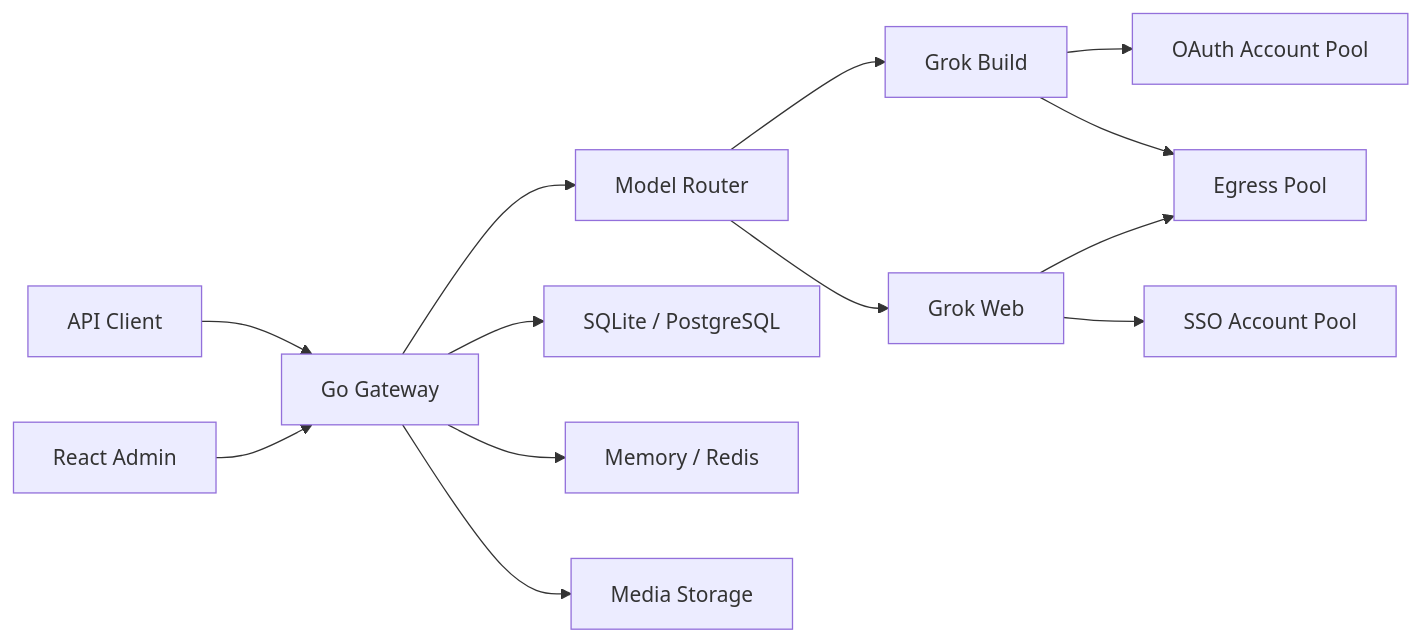
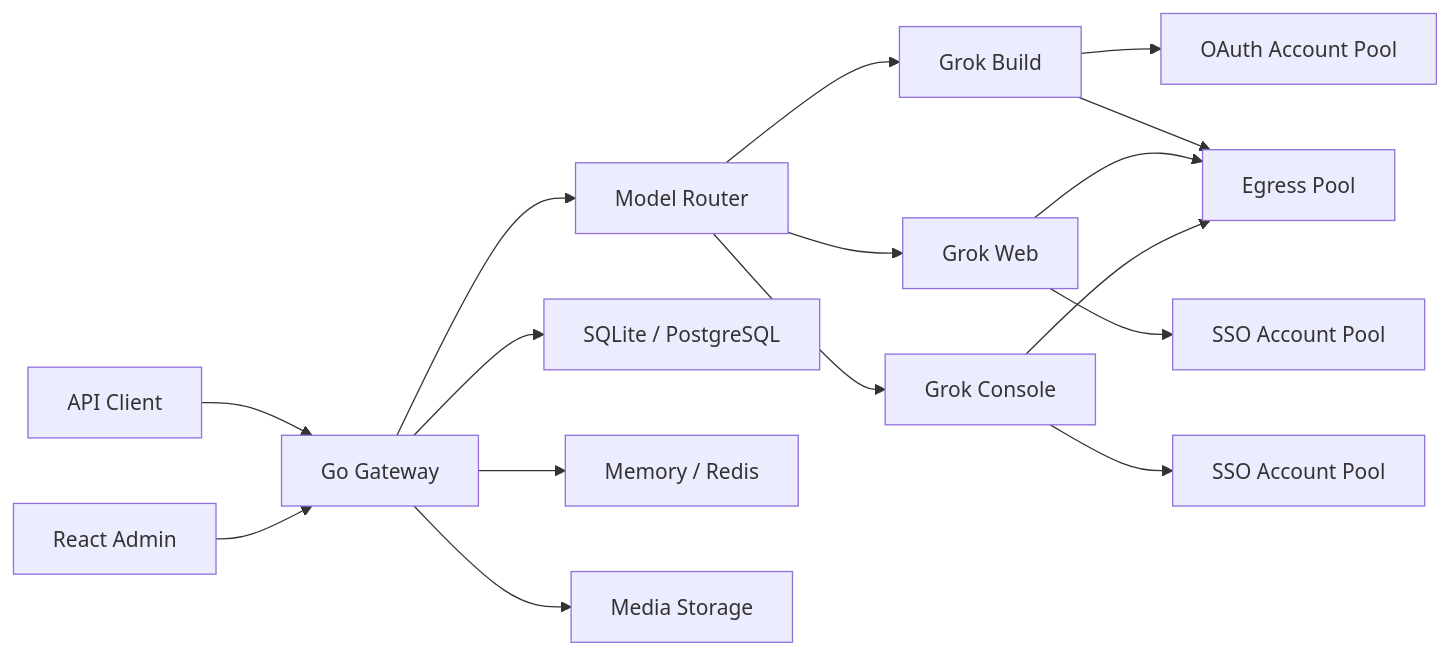
One commit to chenyme/grok2api changed the diagram in README.md. Above: the diagram before and after it, drawn with Mermaid. The commit also changed other lines of this file and 55 other files, not shown here.

Commit message:
feat: add Grok Console provider

````diff
--- a/README.md
+++ b/README.md
@@ -37,18 +37,21 @@
 ```mermaid
 flowchart LR
     Client["API Client"] --> Gateway["Go Gateway"]
     Admin["React Admin"] --> Gateway
 
     Gateway --> Router["Model Router"]
     Router --> Build["Grok Build"]
     Router --> Web["Grok Web"]
+    Router --> Console["Grok Console"]
 
     Build --> BuildPool["OAuth Account Pool"]
     Web --> WebPool["SSO Account Pool"]
+    Console --> ConsolePool["SSO Account Pool"]
     Build --> Egress["Egress Pool"]
     Web --> Egress
+    Console --> Egress
 
     Gateway --> Database["SQLite / PostgreSQL"]
     Gateway --> Runtime["Memory / Redis"]
     Gateway --> Media["Media Storage"]
 ```
````
